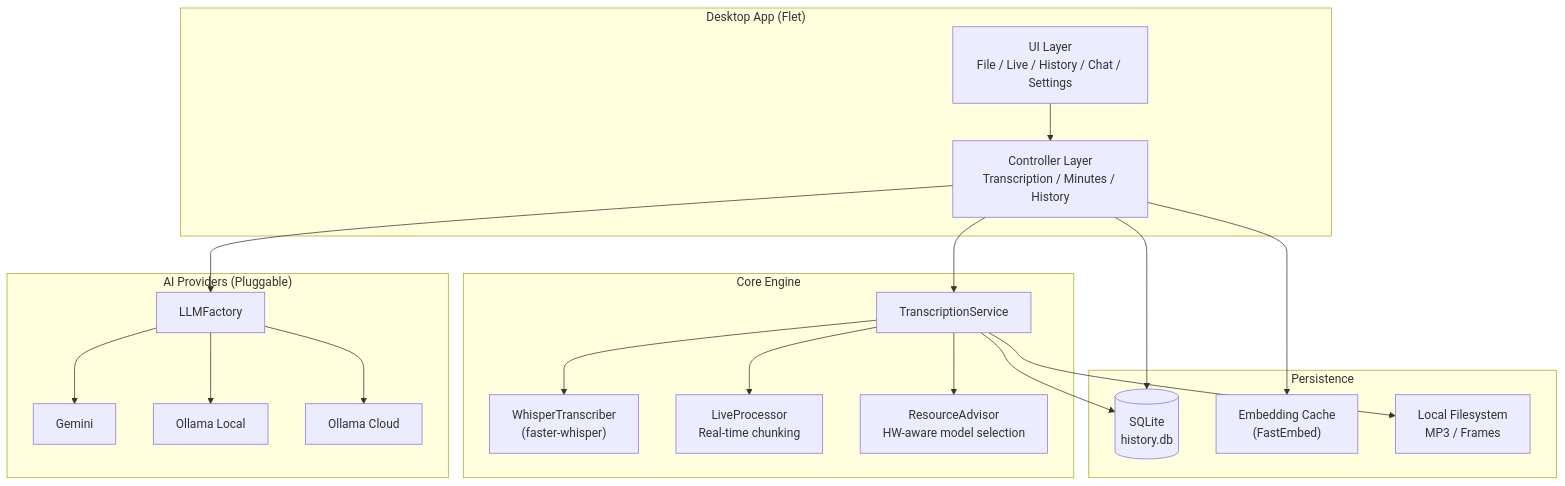
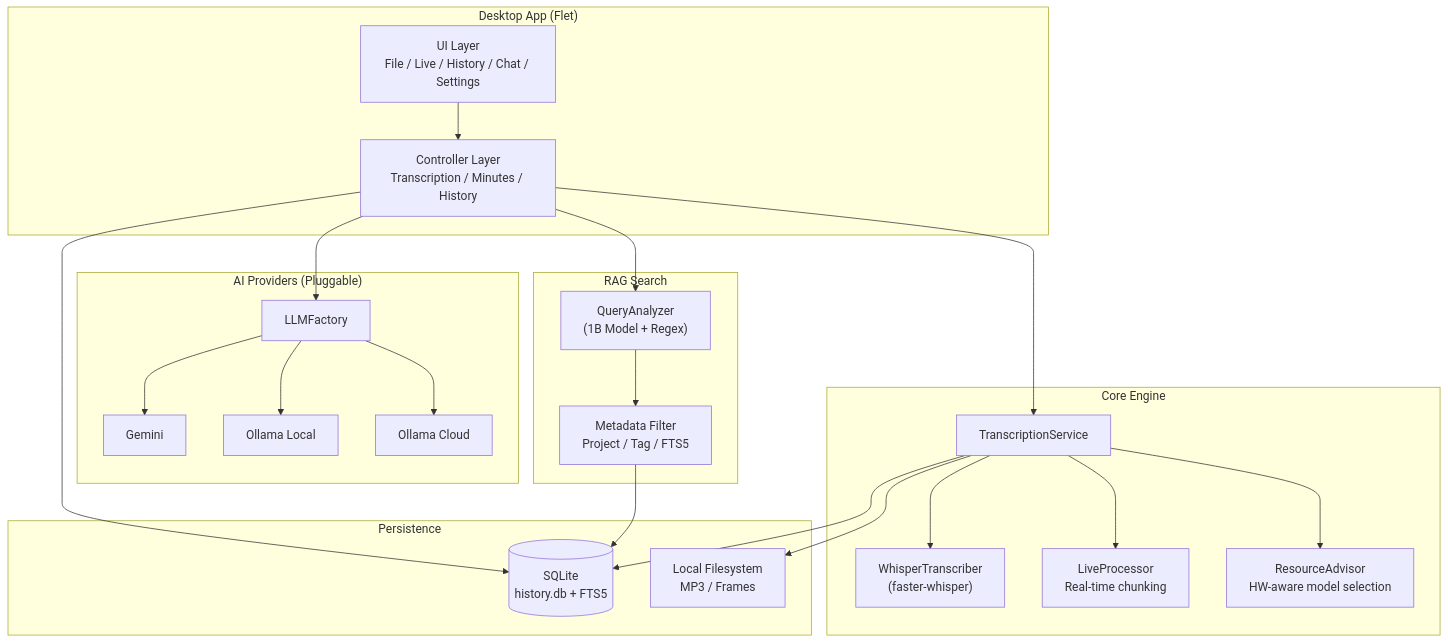
One commit to ayato-labs/Transform_MovieToText changed the diagram in README.md. Above: the diagram before and after it, drawn with Mermaid. The commit also changed other lines of this file and 25 other files, not shown here.

Commit message:
feat(rag): archive embedding logic and harden metadata-aware RAG search

````diff
--- a/README.md
+++ b/README.md
@@ -57,41 +57,47 @@
 ```mermaid
 graph TB
     subgraph "Desktop App (Flet)"
         UI["UI Layer<br/>File / Live / History / Chat / Settings"]
         CTRL["Controller Layer<br/>Transcription / Minutes / History"]
     end
 
     subgraph "Core Engine"
         WT["WhisperTranscriber<br/>(faster-whisper)"]
         TS["TranscriptionService"]
         LP["LiveProcessor<br/>Real-time chunking"]
         RA["ResourceAdvisor<br/>HW-aware model selection"]
     end
 
     subgraph "AI Providers (Pluggable)"
         LLM_F["LLMFactory"]
         GEM["Gemini"]
         OLL["Ollama Local"]
         OLC["Ollama Cloud"]
     end
 
     subgraph "Persistence"
-        DB[("SQLite<br/>history.db")]
-        EMB["Embedding Cache<br/>(FastEmbed)"]
+        DB[("SQLite<br/>history.db + FTS5")]
         FS["Local Filesystem<br/>MP3 / Frames"]
+    end
+
+    subgraph "RAG Search"
+        QA["QueryAnalyzer<br/>(1B Model + Regex)"]
+        META["Metadata Filter<br/>Project / Tag / FTS5"]
     end
 
     UI --> CTRL
     CTRL --> TS
     CTRL --> LLM_F
     TS --> WT
     TS --> LP
     TS --> RA
     LLM_F --> GEM
     LLM_F --> OLL
     LLM_F --> OLC
     TS --> DB
     TS --> FS
     CTRL --> DB
-    CTRL --> EMB
+    CTRL --> QA
+    QA --> META
+    META --> DB
 ```
````
